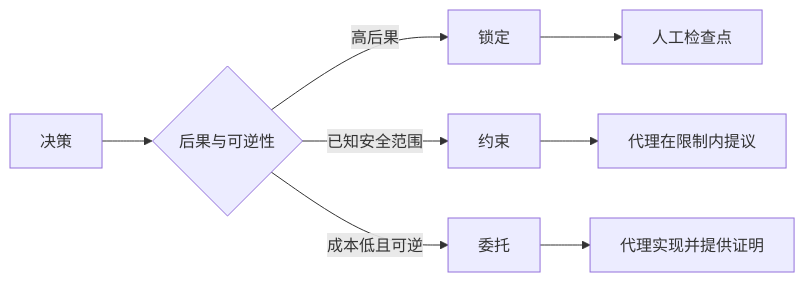
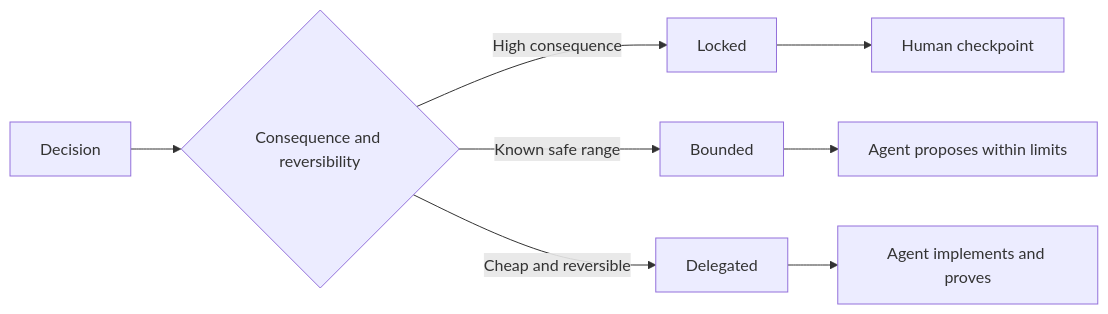
Before and after one commit to xiaojiaenen/ai-engineering-from-scratch-zh: the diagram in i18n/zh/phases/14-agent-engineering/51-write-specifications-that-preserve-judgment/docs/zh.md, drawn with Mermaid. The commit also changed other lines of this file and 54 other files, not shown here.

````diff
--- a/i18n/zh/phases/14-agent-engineering/51-write-specifications-that-preserve-judgment/docs/zh.md
+++ b/i18n/zh/phases/14-agent-engineering/51-write-specifications-that-preserve-judgment/docs/zh.md
@@ -38,10 +38,10 @@
 ```mermaid
 flowchart LR
-  D[决策] --> C{后果与可逆性}
-  C -->|高后果| L[锁定]
-  C -->|已知安全范围| B[约束]
-  C -->|成本低且可逆| A[委托]
-  L --> H[人工检查点]
-  B --> P[代理在限制内提议]
-  A --> I[代理实现并提供证明]
+  D[Decision] --> C{Consequence and reversibility}
+  C -->|High consequence| L[Locked]
+  C -->|Known safe range| B[Bounded]
+  C -->|Cheap and reversible| A[Delegated]
+  L --> H[Human checkpoint]
+  B --> P[Agent proposes within limits]
+  A --> I[Agent implements and proves]
 ```
````
